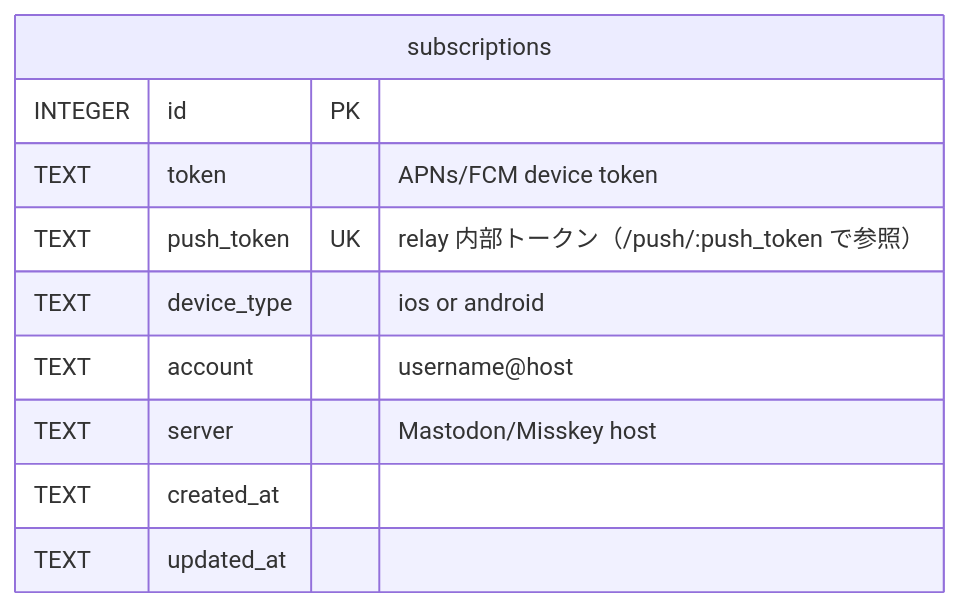
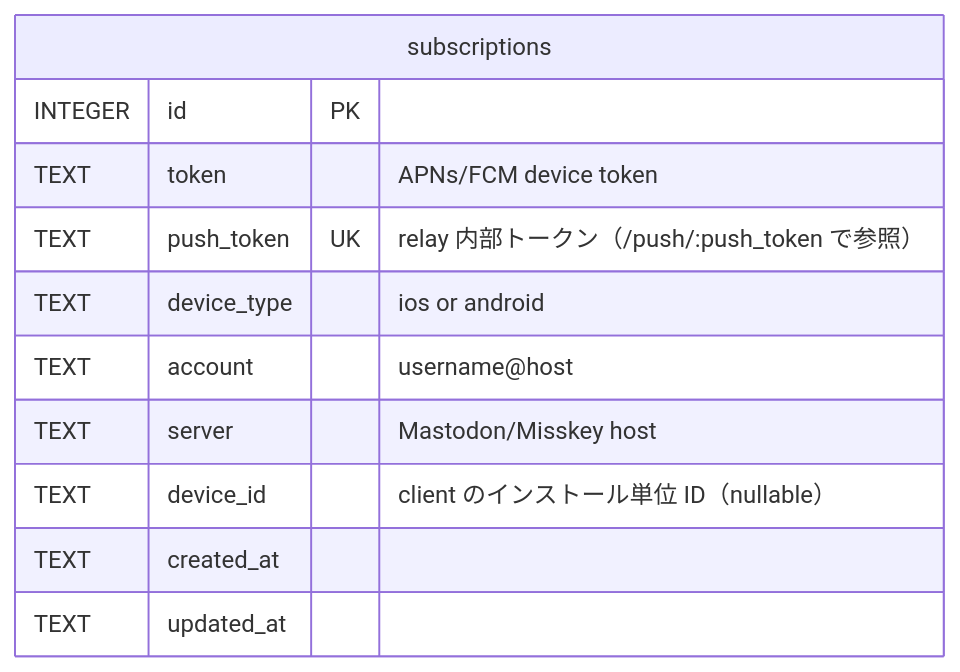
The third of 3 diagrams in docs/CLAUDE.md (pooza/capsicum-relay), drawn with Mermaid before and after one commit. The commit also changed other lines of this file and 3 other files, not shown here.

````diff
--- a/docs/CLAUDE.md
+++ b/docs/CLAUDE.md
@@ -97,13 +97,14 @@
 ```mermaid
 erDiagram
   subscriptions {
     INTEGER id PK
     TEXT token "APNs/FCM device token"
     TEXT push_token UK "relay 内部トークン（/push/:push_token で参照）"
     TEXT device_type "ios or android"
     TEXT account "username@host"
     TEXT server "Mastodon/Misskey host"
+    TEXT device_id "client のインストール単位 ID（nullable）"
     TEXT created_at
     TEXT updated_at
   }
 ```
````
